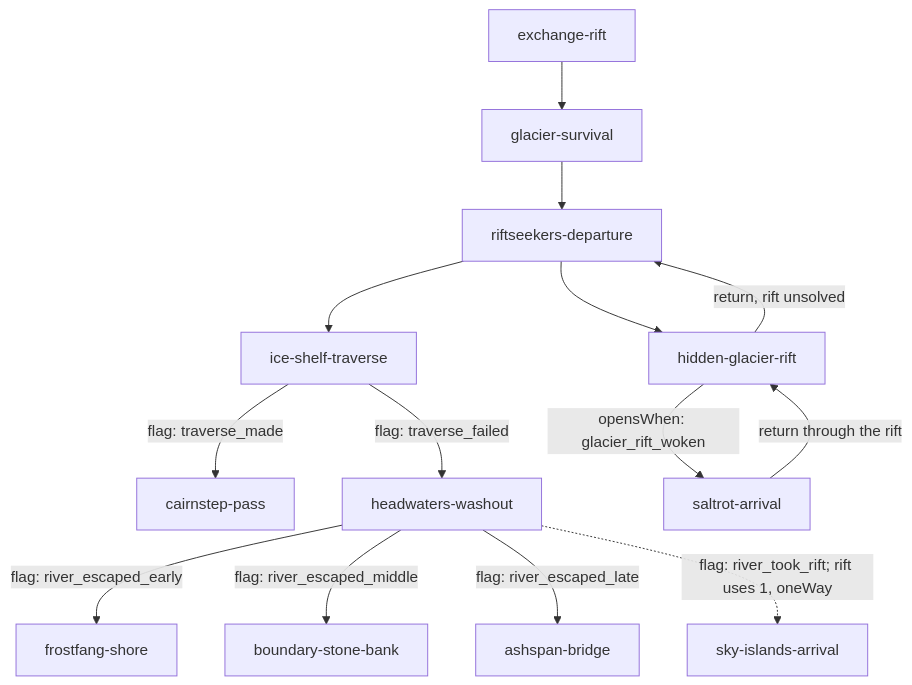
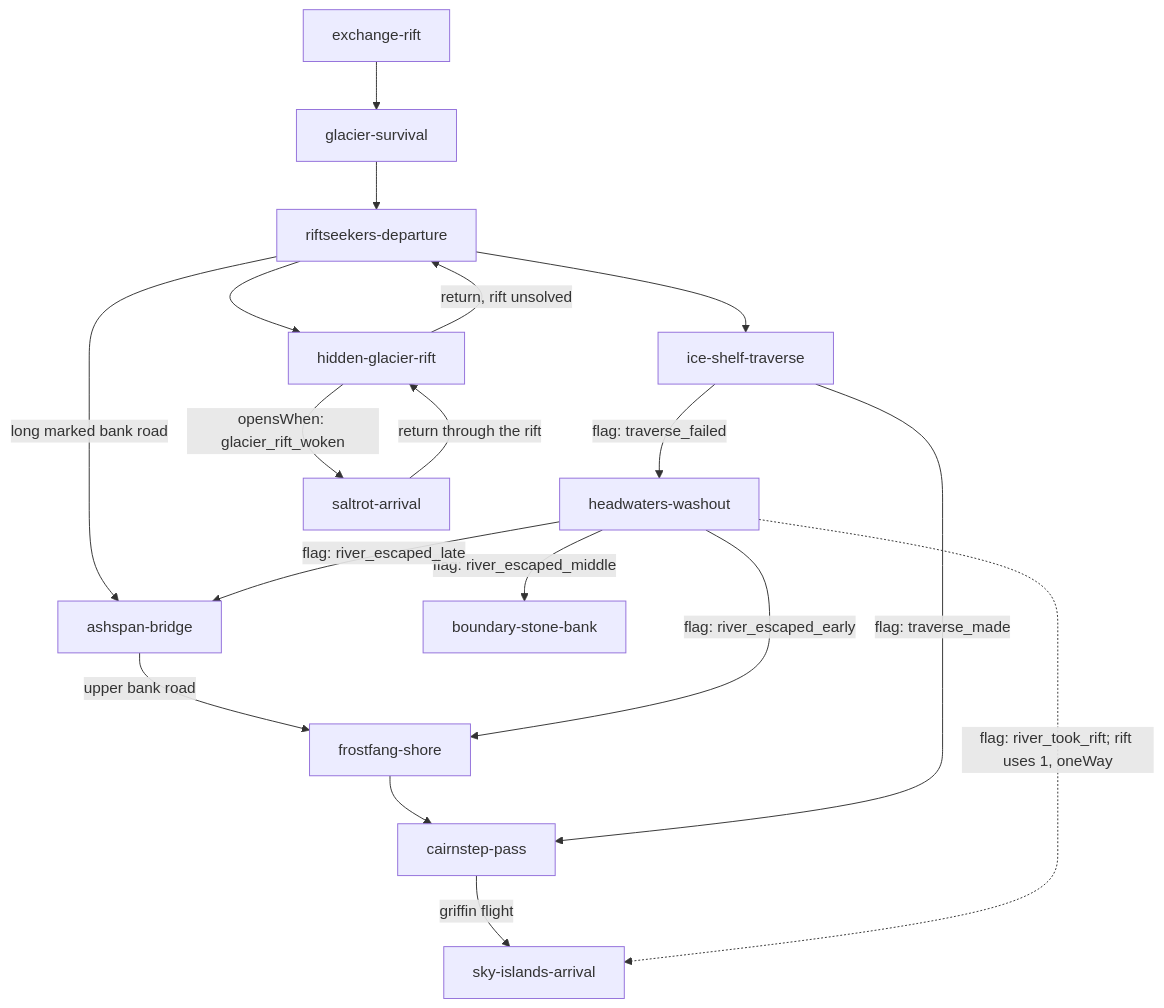
The diagram in docs/campaigns/continental-rift/graph.md (allenheltondev/kids-and-dragons), drawn with Mermaid before and after one commit. The commit also changed other lines of this file and 13 other files, not shown here.

````diff
--- a/docs/campaigns/continental-rift/graph.md
+++ b/docs/campaigns/continental-rift/graph.md
@@ -7,16 +7,20 @@
 ```mermaid
 flowchart TD
   E[exchange-rift] --> G[glacier-survival]
   G --> R[riftseekers-departure]
   R --> T[ice-shelf-traverse]
   R --> H[hidden-glacier-rift]
+  R -->|long marked bank road| D[ashspan-bridge]
+  D -->|upper bank road| F[frostfang-shore]
+  F --> C
+  C -->|griffin flight| S[sky-islands-arrival]
   H -->|return, rift unsolved| R
   T -->|flag: traverse_made| C[cairnstep-pass]
   T -->|flag: traverse_failed| W[headwaters-washout]
   W -->|flag: river_escaped_early| F[frostfang-shore]
   W -->|flag: river_escaped_middle| B[boundary-stone-bank]
   W -->|flag: river_escaped_late| D[ashspan-bridge]
   W -.->|flag: river_took_rift; rift uses 1, oneWay| S[sky-islands-arrival]
   H -->|opensWhen: glacier_rift_woken| L[saltrot-arrival]
   L -->|return through the rift| H
 ```
````
